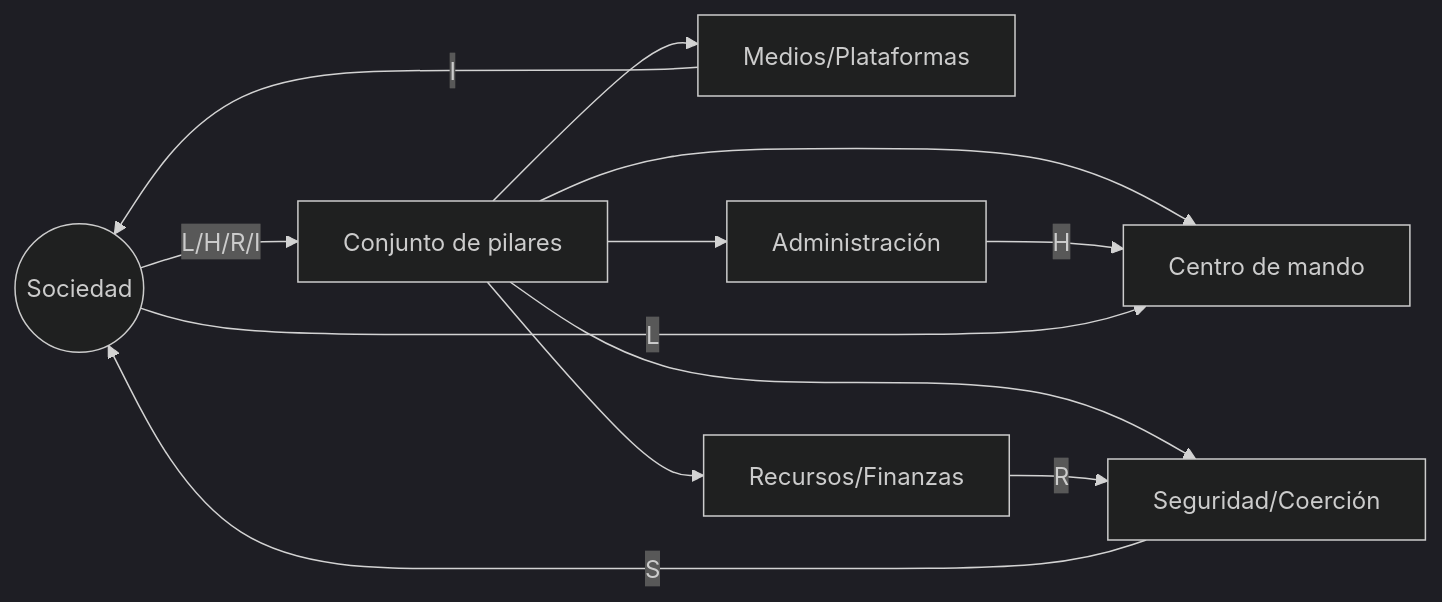
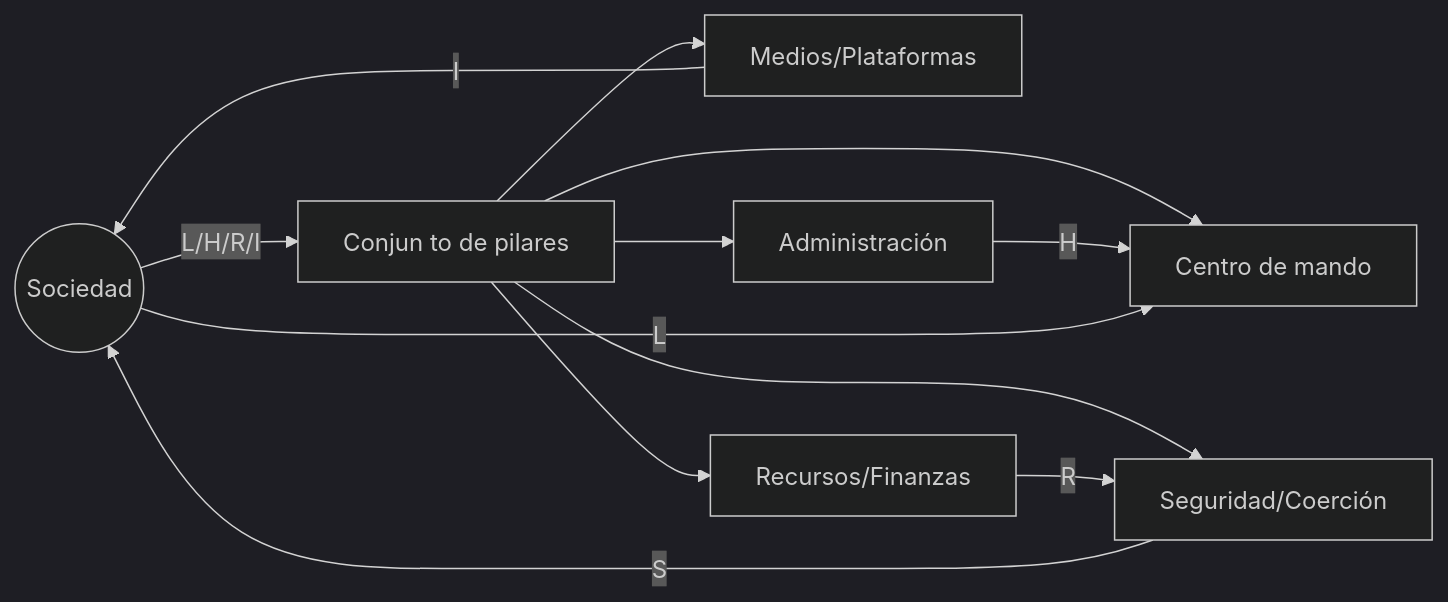
The first of 2 diagrams in 00_docs_base/00 - Teoria Definitiva de Como Crear una Revolucion Ideologica/RESUMEN_OCR.md (HernandoSilvaLeal/project_JF), drawn with Mermaid (dark theme) before and after one commit. The commit also changed 1 other file, not shown here.

````diff
--- a/00_docs_base/00 - Teoria Definitiva de Como Crear una Revolucion Ideologica/RESUMEN_OCR.md
+++ b/00_docs_base/00 - Teoria Definitiva de Como Crear una Revolucion Ideologica/RESUMEN_OCR.md
@@ -17,14 +17,14 @@
 ```mermaid
 flowchart LR
-  Pueblo((Sociedad)) -->|L/H/R/I| Pilares[Conjunto de pilares]
+  Pueblo((Sociedad)) -->|L/H/R/I| Pilares[Conjun to de pilares]
   Pilares --> Estado[Centro de mando]
   Pilares --> Medios[Medios/Plataformas]
   Pilares --> Economia[Recursos/Finanzas]
   Pilares --> Buro[Administración]
   Pilares --> Fuerza[Seguridad/Coerción]
   Medios -->|I| Pueblo
   Economia -->|R| Fuerza
   Buro -->|H| Estado
   Fuerza -->|S| Pueblo
   Pueblo -->|L| Estado
 ```
````
